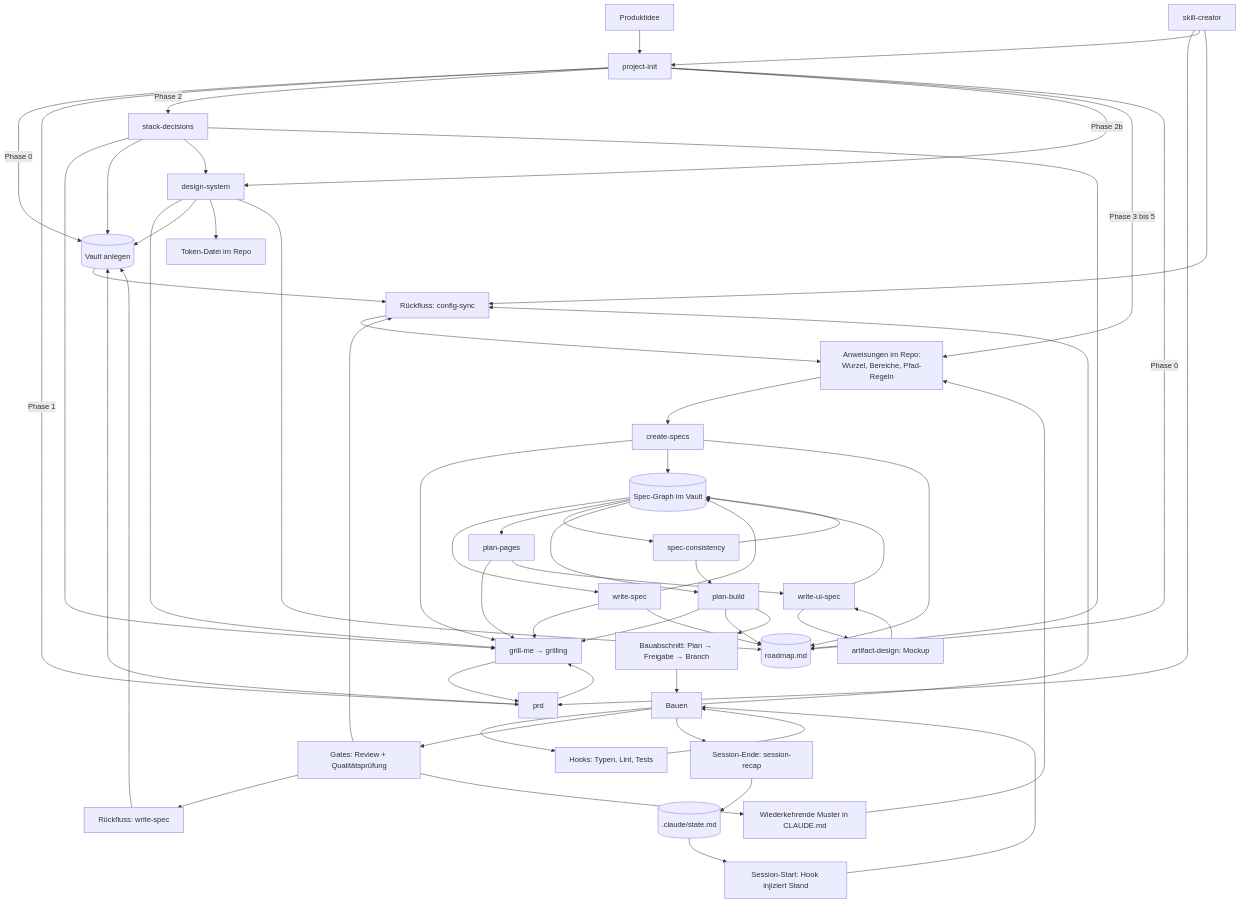
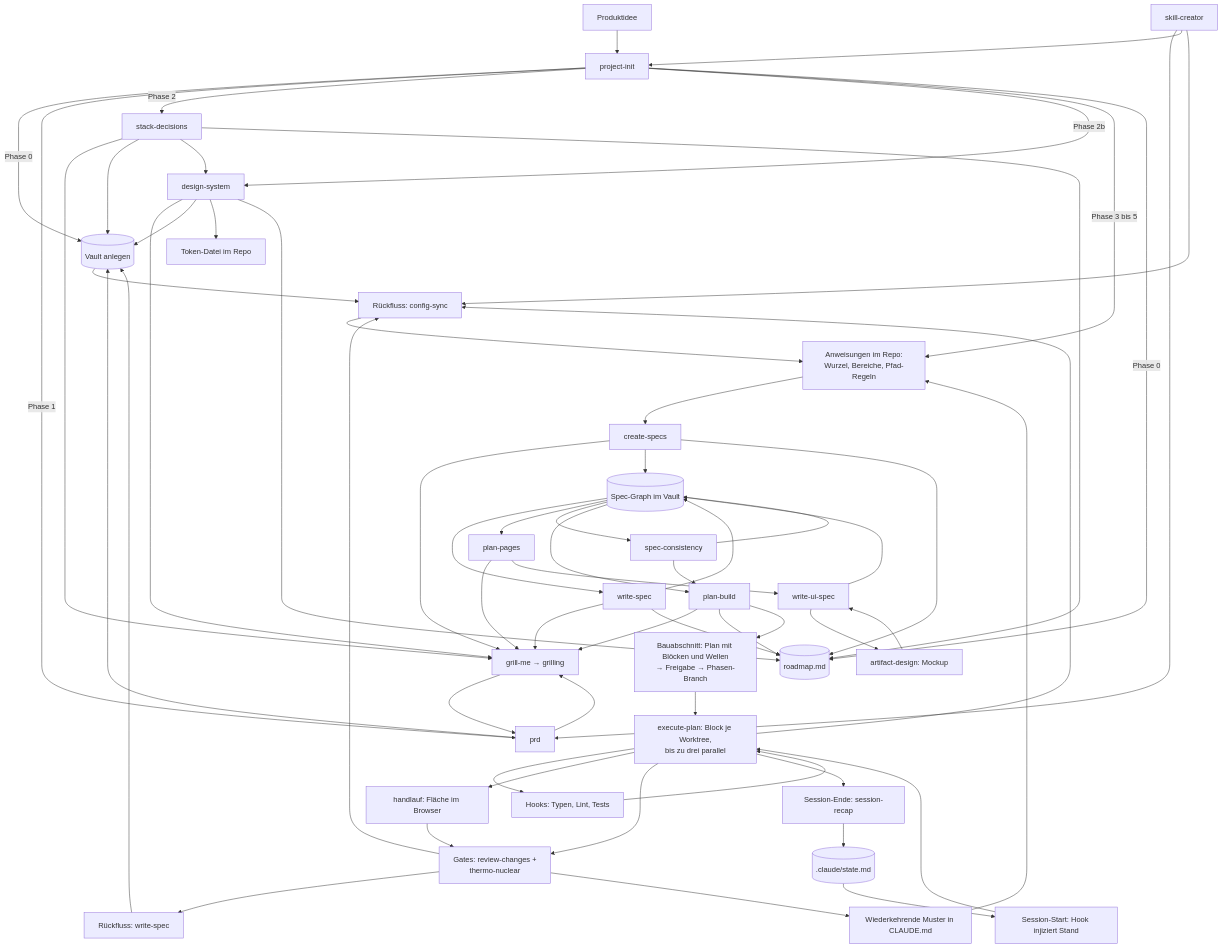
Before and after one commit to mxrius1706/Ai-Coding-Framework: the diagram in LOOP.md, drawn with Mermaid. The commit also changed other lines of this file and 17 other files, not shown here.

````diff
--- a/LOOP.md
+++ b/LOOP.md
@@ -25,65 +25,67 @@
 ```mermaid
 flowchart TD
     A[Produktidee] --> E[project-init]
     E -->|Phase 0| D[(Vault anlegen)]
     E -->|Phase 1| B[prd]
     B --> C[grill-me → grilling]
     C --> B
     B --> D
     E -->|Phase 2| S[stack-decisions]
     S --> C
     S --> D
     E -->|Phase 2b| DS[design-system]
     S --> DS
     DS --> C
     DS --> D
     DS --> TK[Token-Datei im Repo]
     E -->|Phase 3 bis 5| F[Anweisungen im Repo:<br/>Wurzel, Bereiche, Pfad-Regeln]
 
     F --> CS[create-specs]
     CS --> C
     CS --> SP[(Spec-Graph im Vault)]
     SP --> WS[write-spec]
     WS --> C
     WS --> SP
     SP --> PP[plan-pages]
     PP --> C
     PP --> UI[write-ui-spec]
     UI --> AD[artifact-design: Mockup]
     AD --> UI
     UI --> SP
     SP --> SC[spec-consistency]
     SC --> SP
     SC --> PB[plan-build]
     SP --> PB
     PB --> C
     PB --> RM
-    PB --> G[Bauabschnitt: Plan → Freigabe → Branch]
-    G --> H[Bauen]
+    PB --> G[Bauabschnitt: Plan mit Blöcken und Wellen<br/>→ Freigabe → Phasen-Branch]
+    G --> H[execute-plan: Block je Worktree,<br/>bis zu drei parallel]
     H --> I[Hooks: Typen, Lint, Tests]
     I --> H
-    H --> J[Gates: Review + Qualitätsprüfung]
+    H --> HL[handlauf: Fläche im Browser]
+    HL --> J[Gates: review-changes +<br/>thermo-nuclear]
+    H --> J
     J --> K[Rückfluss: write-spec]
     K --> D
     J --> L[Wiederkehrende Muster in CLAUDE.md]
     L --> F
 
     J --> M[Rückfluss: config-sync]
     M --> F
     H --> M
     D --> M
 
     N[Session-Ende: session-recap] --> O[(.claude/state.md)]
     E -->|Phase 0| RM[(roadmap.md)]
     S --> RM
     DS --> RM
     CS --> RM
     WS --> RM
     O --> P[Session-Start: Hook injiziert Stand]
     P --> H
     H --> N
 
     Q[skill-creator] --> B
     Q --> E
     Q --> M
 ```
````
